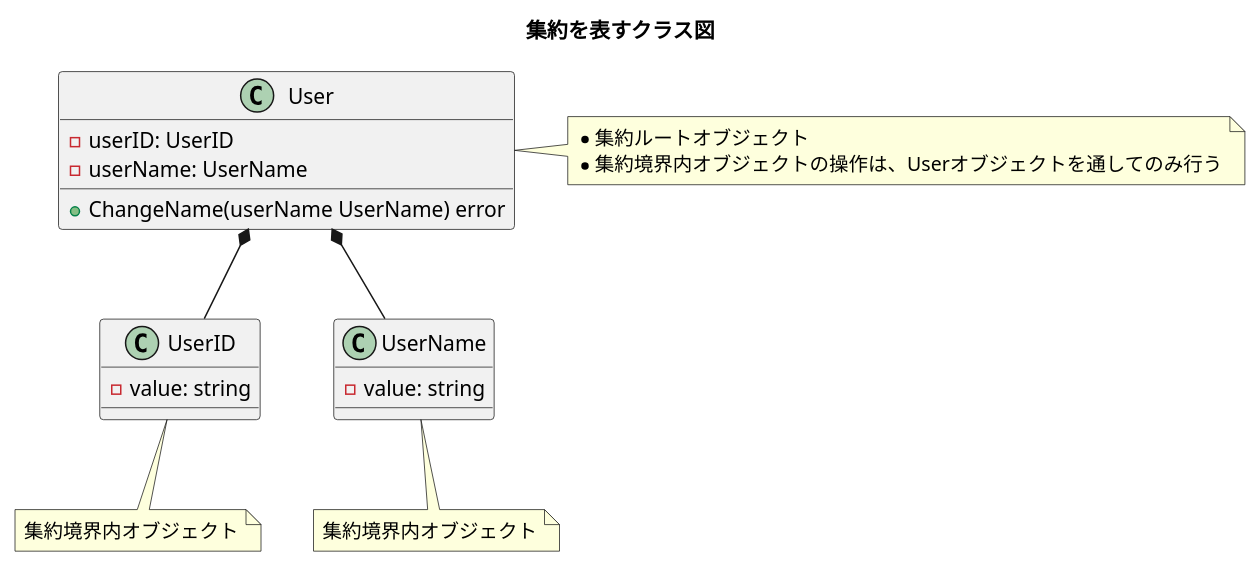
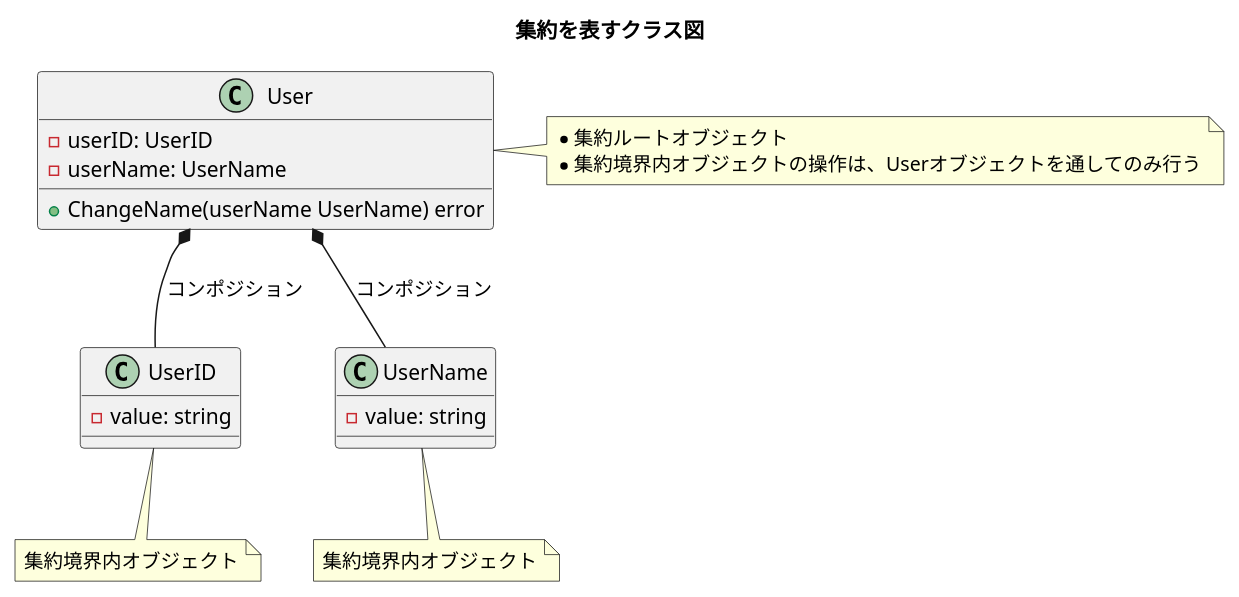
One commit to Yuki-TU/ddd changed the diagram in diagrams/ch12-aggregate-user.puml. Above: the diagram before and after it, drawn with PlantUML. The commit also changed 3 other files, not shown here.

Commit message:
12章で DDD の集約と UML の集約・コンポジションを切り分け、Circle / User の順で読み進められるようにする。

```diff
--- a/diagrams/ch12-aggregate-user.puml
+++ b/diagrams/ch12-aggregate-user.puml
@@ -1,30 +1,30 @@
 @startuml
 title 集約を表すクラス図
 
 class User {
   - userID: UserID
   - userName: UserName
   + ChangeName(userName UserName) error
 }
 note right
 * 集約ルートオブジェクト
 * 集約境界内オブジェクトの操作は、Userオブジェクトを通してのみ行う
 endnote
 
 class UserID {
   - value: string
 }
 note bottom
 集約境界内オブジェクト
 endnote
 
 class UserName {
   - value: string
 }
 note bottom
 集約境界内オブジェクト
 endnote
 
-User *-- UserID
-User *-- UserName
+User *-- UserID: コンポジション
+User *-- UserName: コンポジション
 @enduml
```
